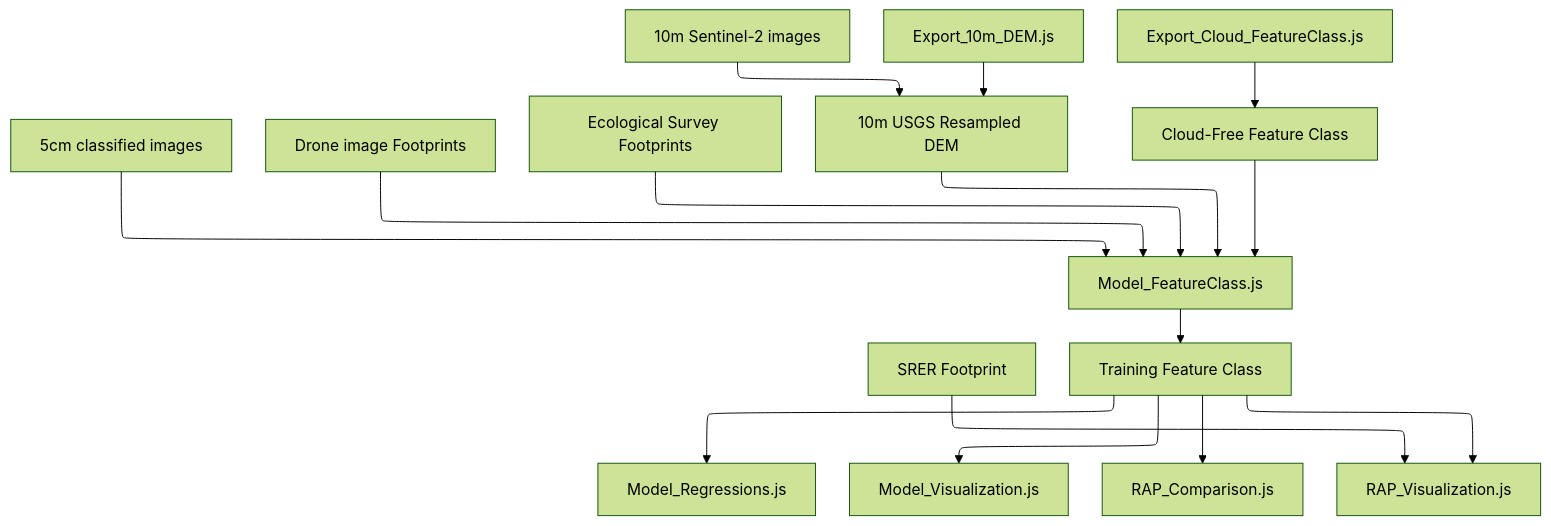
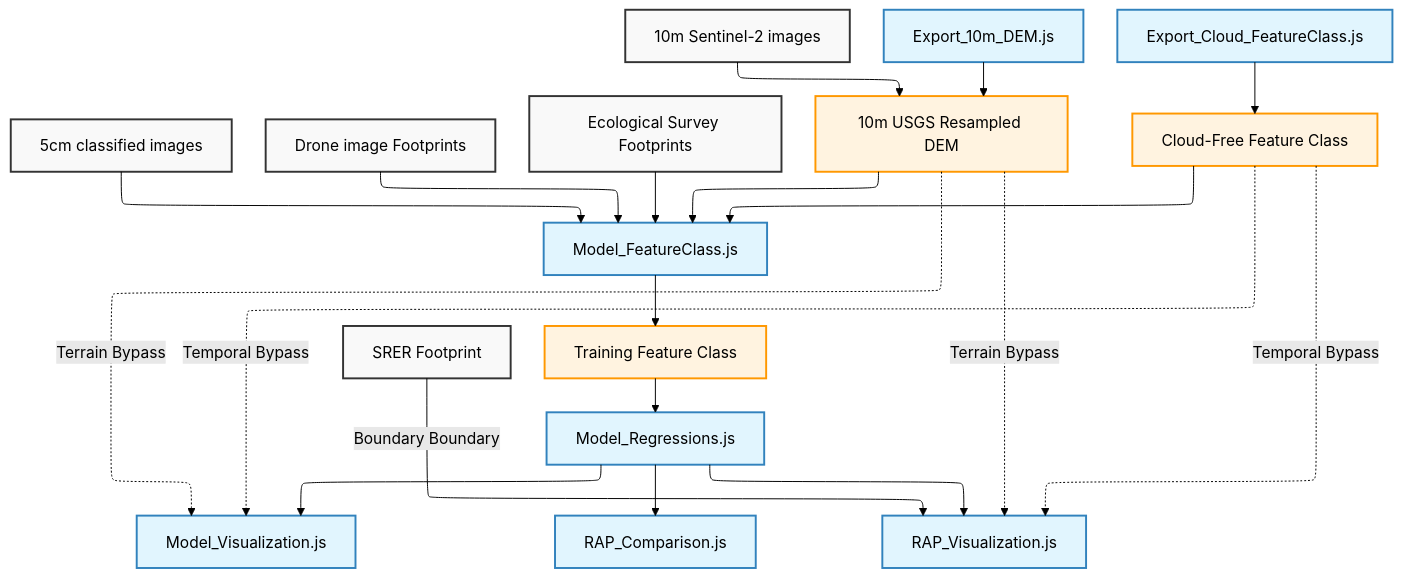
Before and after one commit to afullhart/SantaRita: the diagram in README.md, drawn with Mermaid (forest theme).

````diff
--- a/README.md
+++ b/README.md
@@ -2,42 +2,65 @@
 ```mermaid
 ---
 config:
   layout: elk
 ---
 flowchart TD
-    A[5cm classified images]
-    B[Drone image Footprints]
-    C[Ecological Survey Footprints]
-    D[10m Sentinel-2 images]
-    E[Export_10m_DEM.js]
-    F[Export_Cloud_FeatureClass.js]
-    G[SRER Footprint]
-    
-    H[10m USGS Resampled DEM]
-    I[Cloud-Free Feature Class]
-    
-    J[Model_FeatureClass.js]
-    K[Training Feature Class]
-    
-    L[Model_Regressions.js]
-    M[Model_Visualization.js]
-    N[RAP_Comparison.js]
-    O[RAP_Visualization.js]
-    
+    classDef input fill:#f9f9f9,stroke:#333,stroke-width:2px;
+    classDef script fill:#e1f5fe,stroke:#3182bd,stroke-width:2px;
+    classDef asset fill:#fff3e0,stroke:#ff9800,stroke-width:2px;
+
+    %% Data Sources (Top Row Inputs)
+    A[5cm classified images]:::input
+    B[Drone image Footprints]:::input
+    C[Ecological Survey Footprints]:::input
+    D[10m Sentinel-2 images]:::input
+    E[Export_10m_DEM.js]:::script
+    F[Export_Cloud_FeatureClass.js]:::script
+    G[SRER Footprint]:::input
+
+    %% Intermediate Assets (The First Manifold Stage)
+    H[10m USGS Resampled DEM]:::asset
+    I[Cloud-Free Feature Class]:::asset
+
+    %% Feature Extraction Core
+    J[Model_FeatureClass.js]:::script
+    K[Training Feature Class]:::asset
+
+    %% Analysis & Execution
+    L[Model_Regressions.js]:::script
+
+    %% Downstream Visualization & Comparison (Bottom Row Outputs)
+    M[Model_Visualization.js]:::script
+    N[RAP_Comparison.js]:::script
+    O[RAP_Visualization.js]:::script
+
+    %% --- CONNECTIONS & FLOW ---
+
+    %% Pre-Processing Flows
+    D --> H
+    E --> H
+    F --> I
+
+    %% Central Extraction Manifold (5 Data Paths Merging Into Feature Class)
     A --> J
     B --> J
     C --> J
-    D --> H
-    E --> H
-    F --> I
-    G --> O
-    
     H --> J
     I --> J
-    
+
+    %% Post-Extraction Path
     J --> K
     K --> L
-    K --> M
-    K --> N
-    K --> O
+
+    %% The Linear Regression Multi-Funnels
+    L --> M
+    L --> N
+    L --> O
+
+    %% Global Asset Bypasses (Routing intermediate assets around training directly to UI scripts)
+    H -.->|Terrain Bypass| M
+    H -.->|Terrain Bypass| O
+    I -.->|Temporal Bypass| M
+    I -.->|Temporal Bypass| O
+    G -->|Boundary Boundary| O
 ```
````
